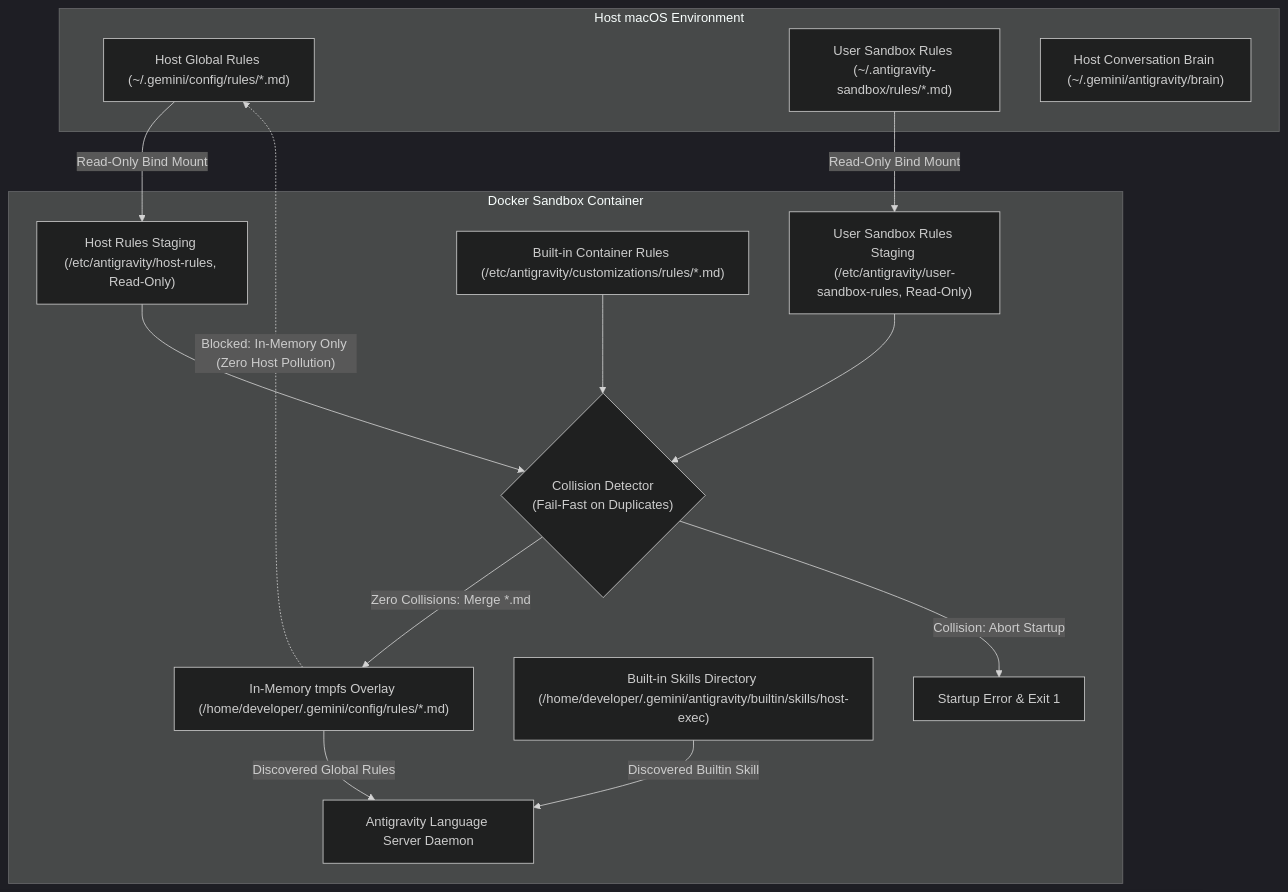
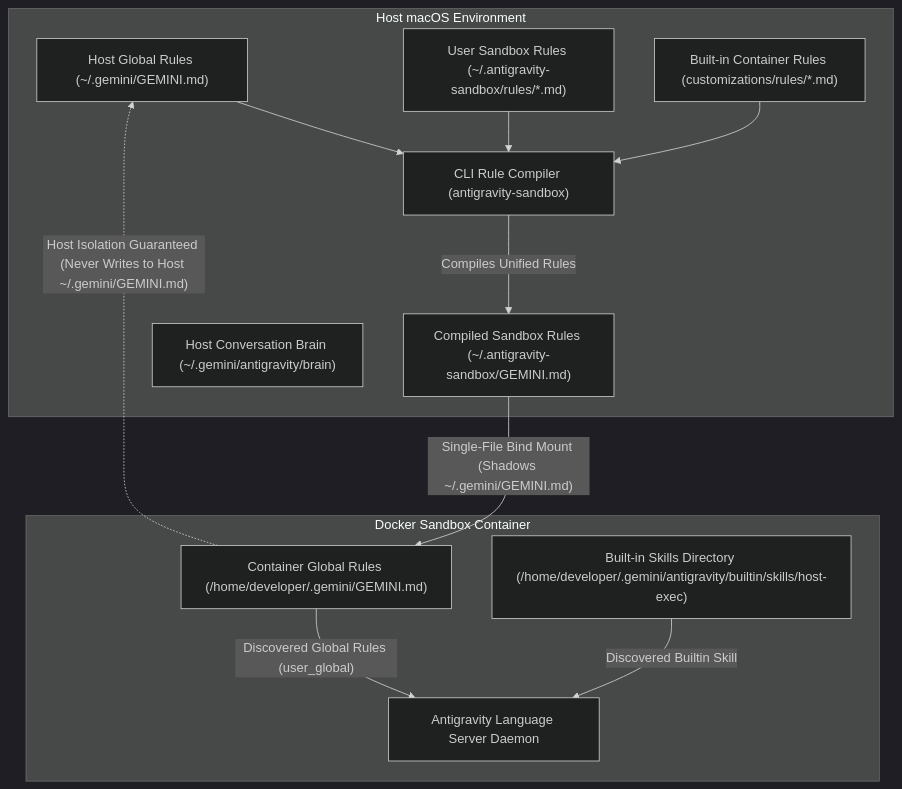
Before and after one commit to battery-staple/antigravity-container: the fifth of 5 diagrams in design/antigravity_sandbox_architecture.md, drawn with Mermaid (dark theme). The commit also changed other lines of this file and 4 other files, not shown here.

First line of the commit message:
Migrate sandbox rules to GEMINI.md compilation and mount shadowing

````diff
--- a/design/antigravity_sandbox_architecture.md
+++ b/design/antigravity_sandbox_architecture.md
@@ -290,30 +290,27 @@
 ```mermaid
 flowchart TB
     subgraph Host_Mac ["Host macOS Environment"]
-        HR["Host Global Rules (~/.gemini/config/rules/*.md)"]
+        HG["Host Global Rules (~/.gemini/GEMINI.md)"]
         SR["User Sandbox Rules (~/.antigravity-sandbox/rules/*.md)"]
+        BUILTIN["Built-in Container Rules (customizations/rules/*.md)"]
+        COMP["CLI Rule Compiler (antigravity-sandbox)"]
+        SG["Compiled Sandbox Rules (~/.antigravity-sandbox/GEMINI.md)"]
         HB["Host Conversation Brain (~/.gemini/antigravity/brain)"]
     end
 
     subgraph Container_NS ["Docker Sandbox Container"]
-        STAGE_H["Host Rules Staging (/etc/antigravity/host-rules, Read-Only)"]
-        STAGE_S["User Sandbox Rules Staging (/etc/antigravity/user-sandbox-rules, Read-Only)"]
-        BUILTIN_R["Built-in Container Rules (/etc/antigravity/customizations/rules/*.md)"]
-        VAL{"Collision Detector<br/>(Fail-Fast on Duplicates)"}
-        TMP["In-Memory tmpfs Overlay (/home/developer/.gemini/config/rules/*.md)"]
+        CG["Container Global Rules (/home/developer/.gemini/GEMINI.md)"]
         BUILTIN_SKILLS["Built-in Skills Directory (/home/developer/.gemini/antigravity/builtin/skills/host-exec)"]
         LS["Antigravity Language Server Daemon"]
 
-        STAGE_H --> VAL
-        STAGE_S --> VAL
-        BUILTIN_R --> VAL
-        VAL -->|"Zero Collisions: Merge *.md"| TMP
-        VAL -->|"Collision: Abort Startup"| ERR["Startup Error & Exit 1"]
-        TMP -->|"Discovered Global Rules"| LS
+        CG -->|"Discovered Global Rules (user_global)"| LS
         BUILTIN_SKILLS -->|"Discovered Builtin Skill"| LS
     end
 
-    HR -->|"Read-Only Bind Mount"| STAGE_H
-    SR -->|"Read-Only Bind Mount"| STAGE_S
-    TMP -.->|"Blocked: In-Memory Only (Zero Host Pollution)"| HR
+    HG --> COMP
+    SR --> COMP
+    BUILTIN --> COMP
+    COMP -->|"Compiles Unified Rules"| SG
+    SG -->|"Single-File Bind Mount (Shadows ~/.gemini/GEMINI.md)"| CG
+    CG -.->|"Host Isolation Guaranteed (Never Writes to Host ~/.gemini/GEMINI.md)"| HG
 ```
````
